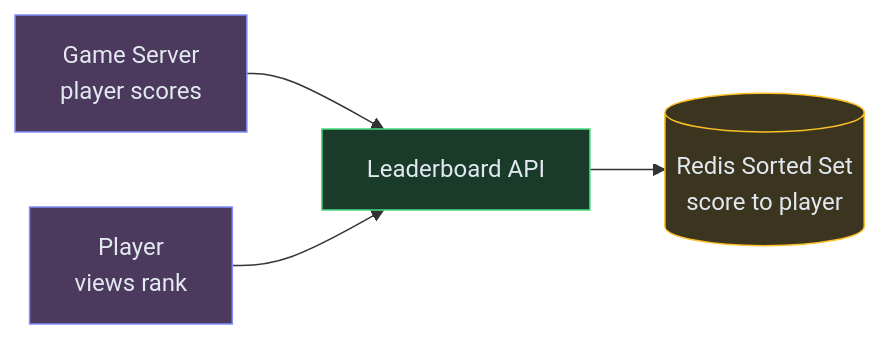
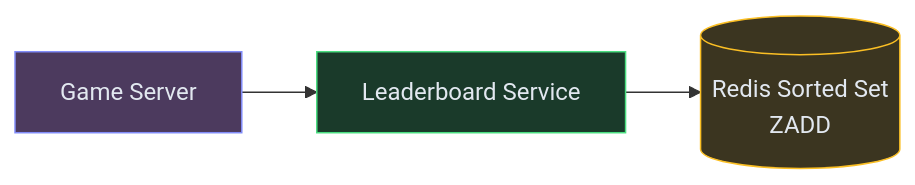
One commit to iluzn/HLD-Designs changed the second of 7 diagrams in content/hld/Leaderboard.md. Above: the diagram before and after it, drawn with Mermaid. The commit also changed other lines of this file and 1 other file, not shown here.

Commit message:
rewrite Pastebin + Leaderboard in Hello Interview style: incremental FR-by-FR build

````diff
--- a/content/hld/Leaderboard.md
+++ b/content/hld/Leaderboard.md
@@ -20,15 +150,13 @@
 ```mermaid
 flowchart LR
-    GAME["Game Server<br/>player scores"]:::client
-    API["Leaderboard API"]:::service
-    REDIS[("Redis Sorted Set<br/>score to player")]:::data
-    USER["Player<br/>views rank"]:::client
+    GAME["Game Server"]:::client
+    API["Leaderboard Service"]:::service
+    REDIS[("Redis Sorted Set<br/>ZADD")]:::data
 
     GAME --> API
     API --> REDIS
-    USER --> API
 
     classDef client fill:#4c3a5e,stroke:#818cf8,color:#e2e8f0
     classDef service fill:#1a3a2a,stroke:#4ade80,color:#e2e8f0
     classDef data fill:#3b3520,stroke:#fbbf24,color:#e2e8f0
 ```
````
